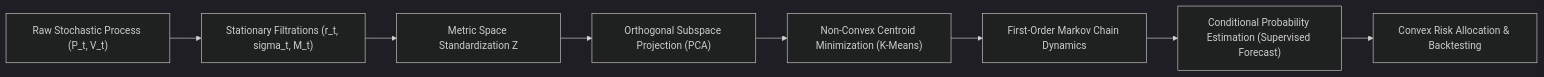
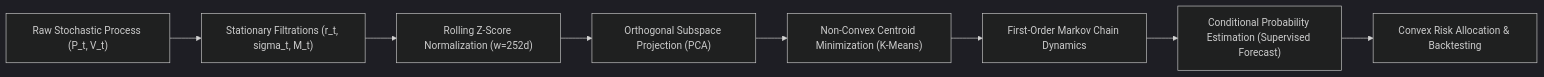
The diagram in MODEL_MATHEMATICAL_AUDIT.md (GaelRendon/Financial-market-regime-detetcion-system), drawn with Mermaid (dark theme) before and after one commit. The commit also changed other lines of this file and 7 other files, not shown here.

Commit message:
Rolling z-score normalization across pipeline, app, and docs

````diff
--- a/MODEL_MATHEMATICAL_AUDIT.md
+++ b/MODEL_MATHEMATICAL_AUDIT.md
@@ -13,10 +13,10 @@
 ```mermaid
 flowchart LR
     A["Raw Stochastic Process (P_t, V_t)"] --> B["Stationary Filtrations (r_t, sigma_t, M_t)"]
-    B --> C["Metric Space Standardization Z"]
+    B --> C["Rolling Z-Score Normalization (w=252d)"]
     C --> D["Orthogonal Subspace Projection (PCA)"]
     D --> E["Non-Convex Centroid Minimization (K-Means)"]
     E --> F["First-Order Markov Chain Dynamics"]
     F --> G["Conditional Probability Estimation (Supervised Forecast)"]
     G --> H["Convex Risk Allocation & Backtesting"]
 ```
````
